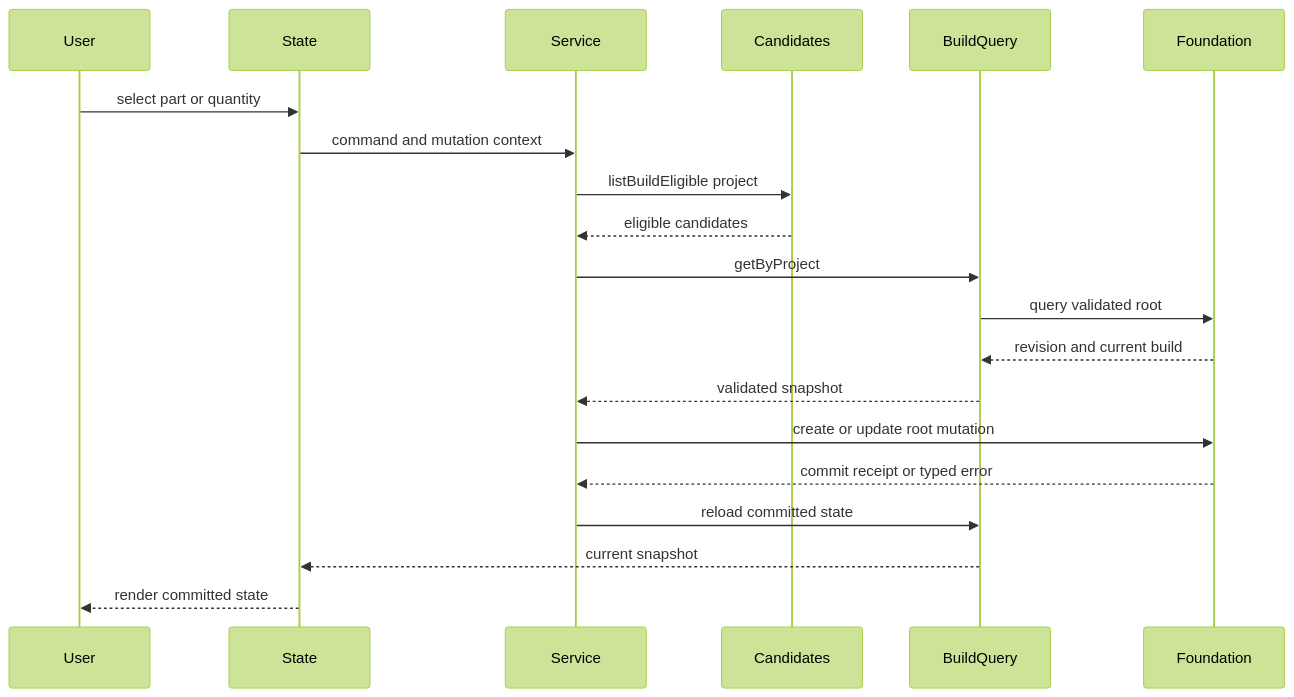
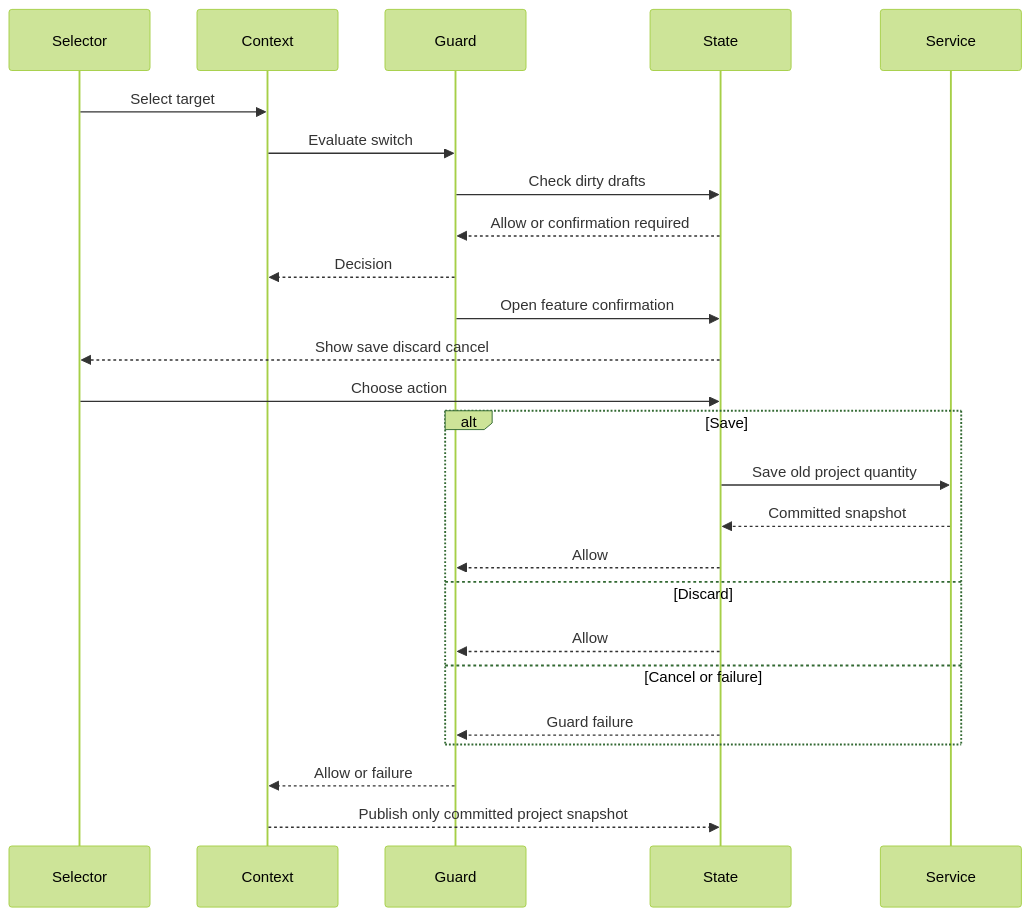
One commit to Huruikagi/pc-build-planner changed the second of 3 diagrams in .kiro/specs/current-build-management/design.md. Above: the diagram before and after it, drawn with Mermaid (forest theme). The commit also changed other lines of this file and 4 other files, not shown here.

Commit message:
docs: update current build management spec

````diff
--- a/.kiro/specs/current-build-management/design.md
+++ b/.kiro/specs/current-build-management/design.md
@@ -116,22 +139,27 @@
 ```mermaid
 sequenceDiagram
-    participant User
+    participant Selector
+    participant Context
+    participant Guard
     participant State
     participant Service
-    participant Candidates
-    participant BuildQuery
-    participant Foundation
-    User->>State: select part or quantity
-    State->>Service: command and mutation context
-    Service->>Candidates: listBuildEligible project
-    Candidates-->>Service: eligible candidates
-    Service->>BuildQuery: getByProject
-    BuildQuery->>Foundation: query validated root
-    Foundation-->>BuildQuery: revision and current build
-    BuildQuery-->>Service: validated snapshot
-    Service->>Foundation: create or update root mutation
-    Foundation-->>Service: commit receipt or typed error
-    Service->>BuildQuery: reload committed state
-    BuildQuery-->>State: current snapshot
-    State-->>User: render committed state
+    Selector->>Context: Select target
+    Context->>Guard: Evaluate switch
+    Guard->>State: Check dirty drafts
+    State-->>Guard: Allow or confirmation required
+    Guard-->>Context: Decision
+    Guard->>State: Open feature confirmation
+    State-->>Selector: Show save discard cancel
+    Selector->>State: Choose action
+    alt Save
+        State->>Service: Save old project quantity
+        Service-->>State: Committed snapshot
+        State-->>Guard: Allow
+    else Discard
+        State-->>Guard: Allow
+    else Cancel or failure
+        State-->>Guard: Guard failure
+    end
+    Guard-->>Context: Allow or failure
+    Context-->>State: Publish only committed project snapshot
 ```
````
